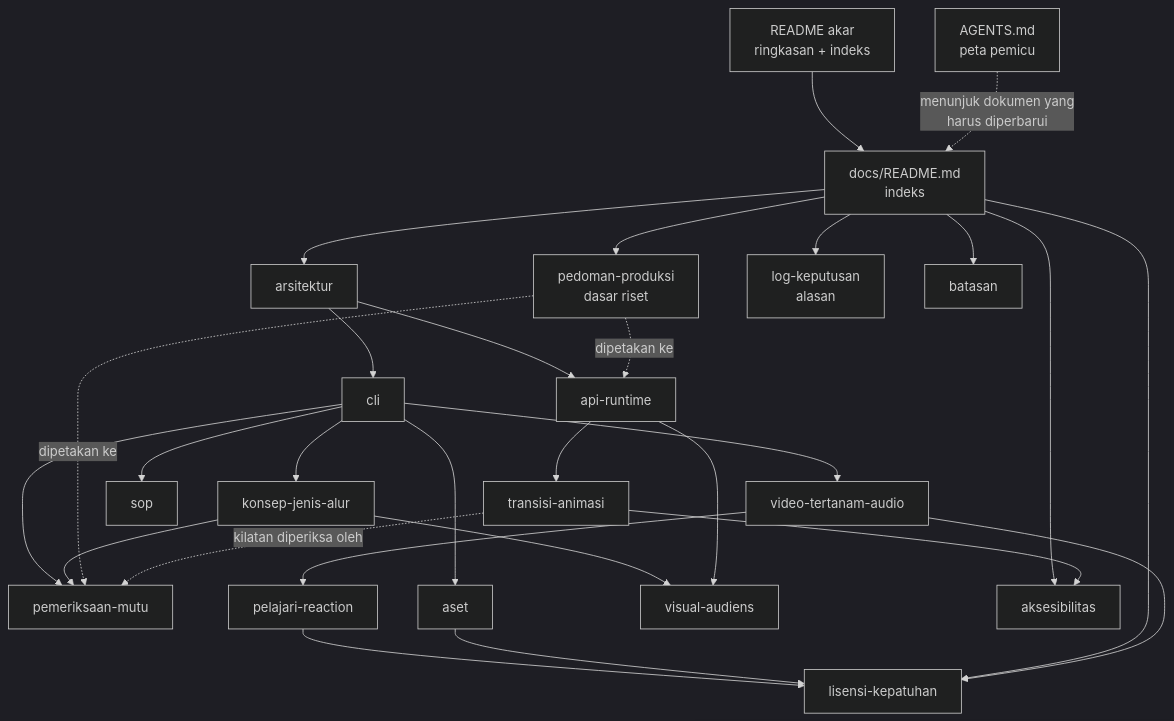
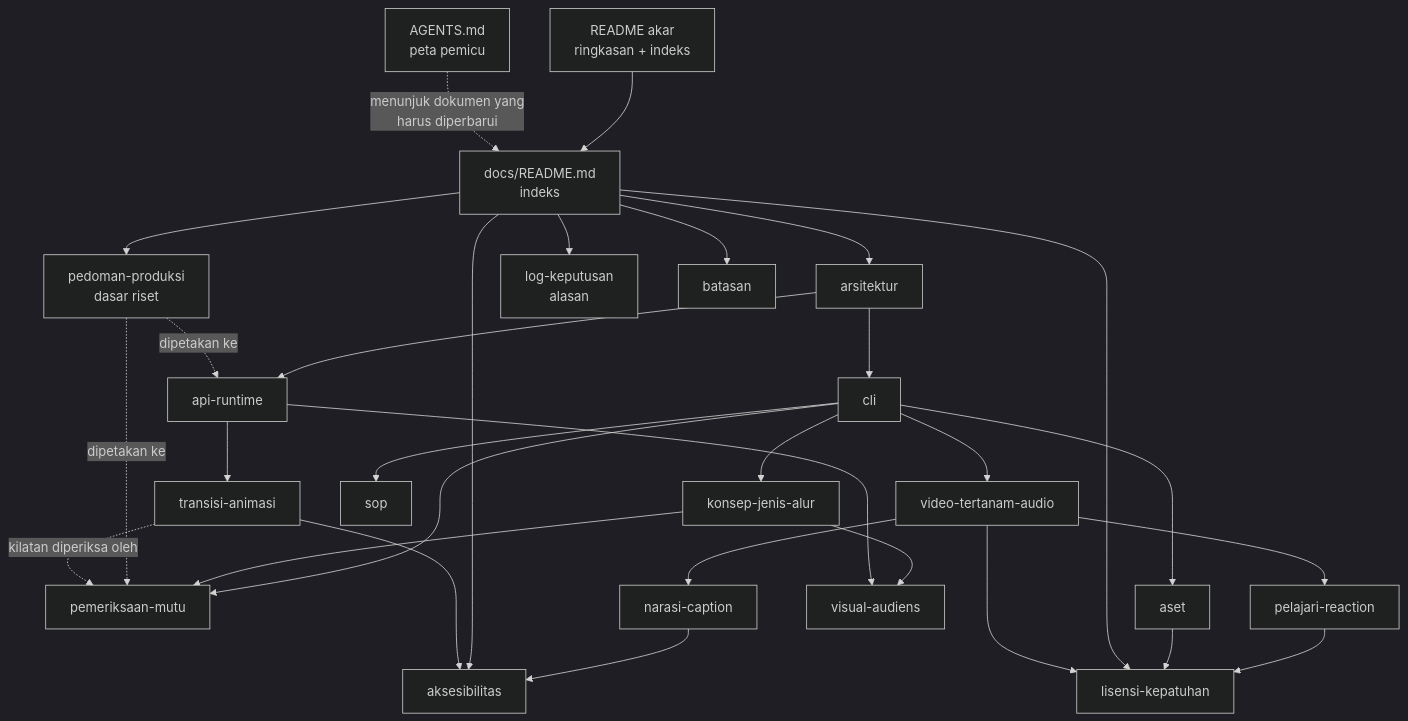
Before and after one commit to ahliweb/awvd: the diagram in docs/README.md, drawn with Mermaid (dark theme). The commit also changed other lines of this file and 17 other files, not shown here.

Commit message:
feat: naskah.json dan bun run narasi dengan timing caption berjangkar jeda

````diff
--- a/docs/README.md
+++ b/docs/README.md
@@ -40,30 +41,32 @@
 ```mermaid
 flowchart TD
     R[README akar<br/>ringkasan + indeks] --> I[docs/README.md<br/>indeks]
     I --> A[arsitektur]
     A --> API[api-runtime]
     API --> TRA[transisi-animasi]
     A --> CLI[cli]
     CLI --> QC[pemeriksaan-mutu]
     CLI --> KLP[video-tertanam-audio]
     KLP --> PLJ[pelajari-reaction]
+    KLP --> NAR[narasi-caption]
+    NAR --> AKS
     PLJ --> LIS
     CLI --> SOP[sop]
     CLI --> ASET[aset]
     ASET --> LIS
     CLI --> KON[konsep-jenis-alur]
     KON --> QC
     KON --> VIS[visual-audiens]
     API --> VIS
     I --> PP[pedoman-produksi<br/>dasar riset]
     I --> LK[log-keputusan<br/>alasan]
     I --> AKS[aksesibilitas]
     TRA --> AKS
     I --> BAT[batasan]
     I --> LIS[lisensi-kepatuhan]
     KLP --> LIS
     PP -.->|dipetakan ke| API
     PP -.->|dipetakan ke| QC
     TRA -.->|kilatan diperiksa oleh| QC
     AG[AGENTS.md<br/>peta pemicu] -.->|menunjuk dokumen yang<br/>harus diperbarui| I
 ```
````
